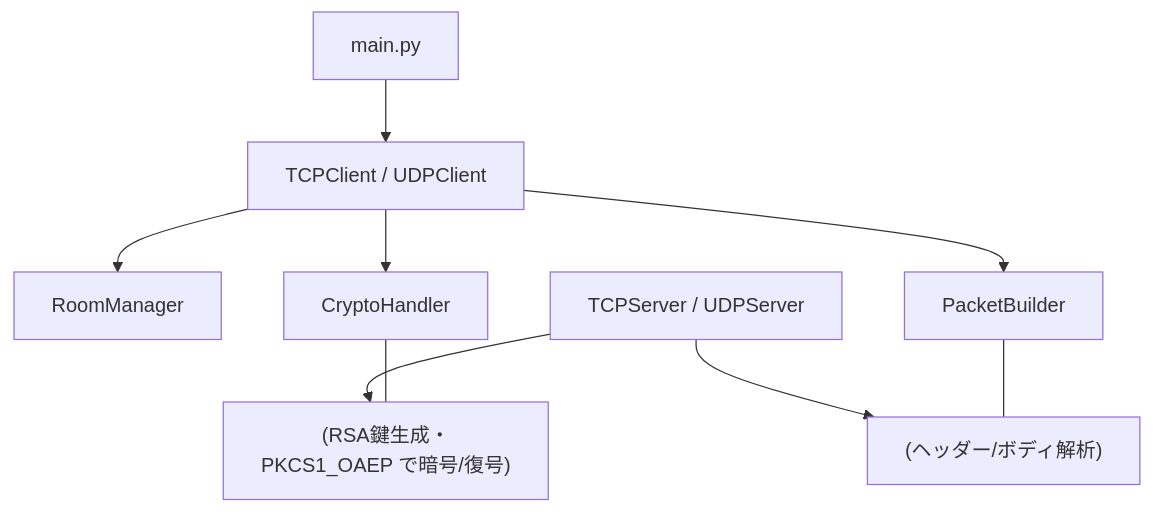
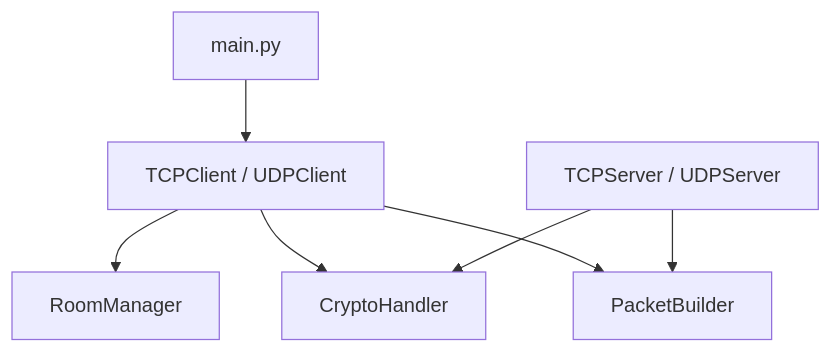
One commit to BackendExplorer/Online-Chat-Service changed the first of 6 diagrams in README.md. Above: the diagram before and after it, drawn with Mermaid.

````diff
--- a/README.md
+++ b/README.md
@@ -1,28 +1,22 @@
 ```mermaid
 graph TD
 
-  %% クライアント側
   UI["main.py"]
   Application["TCPClient / UDPClient"]
   Domain["RoomManager"]
   Infra["CryptoHandler"]
   Packet["PacketBuilder"]
 
   UI --> Application
   Application --> Domain
   Application --> Infra
   Application --> Packet
 
-  %% サーバ側
-  ServerApp["TCPServer / UDPServer"]
-  ServerInfra["(RSA鍵生成・PKCS1_OAEP で暗号/復号)"]
-  ServerPacket["(ヘッダー/ボディ解析)"]
+  %% サーバ側ノードを下に追加
+  Server["TCPServer / UDPServer"]
 
-  ServerApp --> ServerInfra
-  ServerApp --> ServerPacket
+  Server --> Infra
+  Server --> Packet
 
-  %% 共通モジュール（再利用可能）
-  Infra --- ServerInfra
-  Packet --- ServerPacket
 
 ```
````
